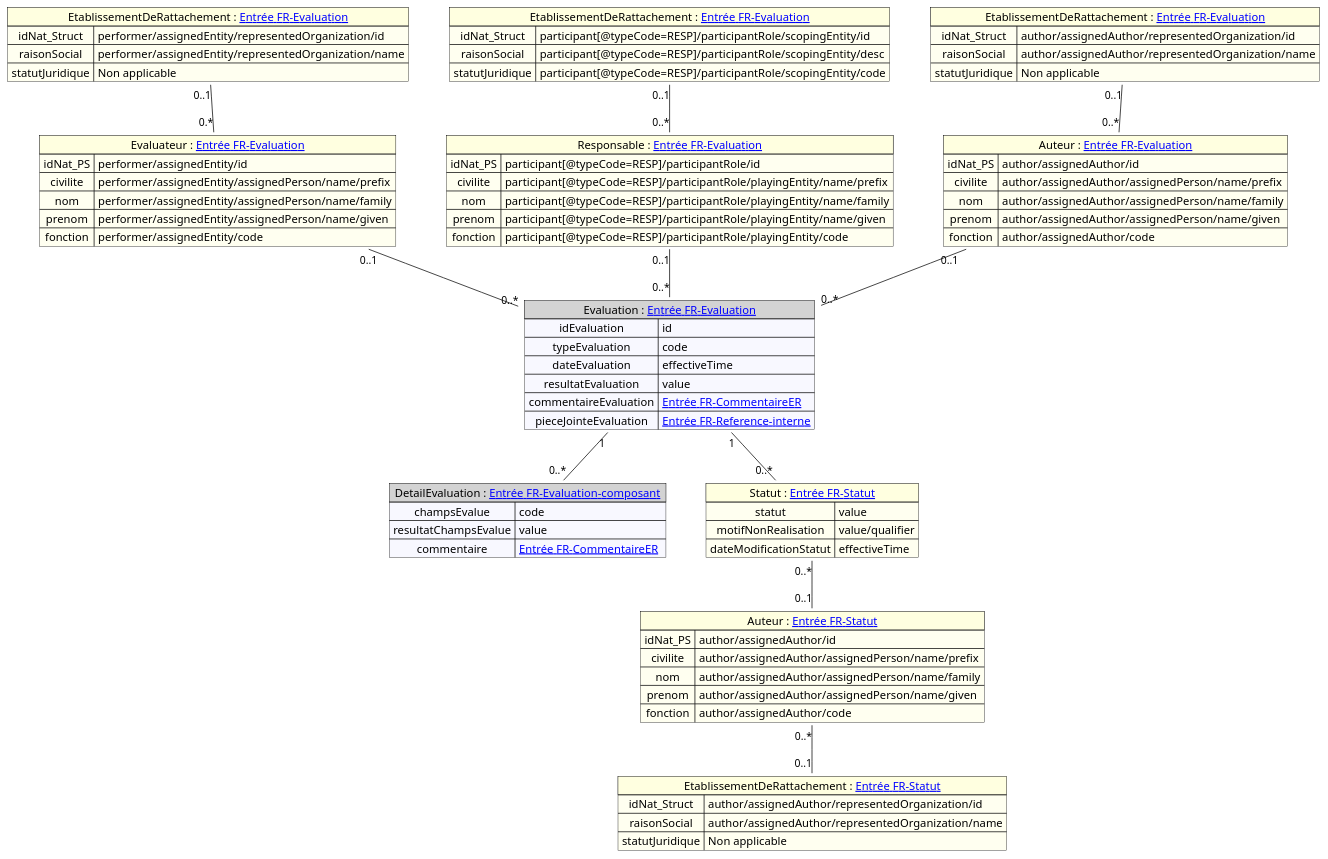
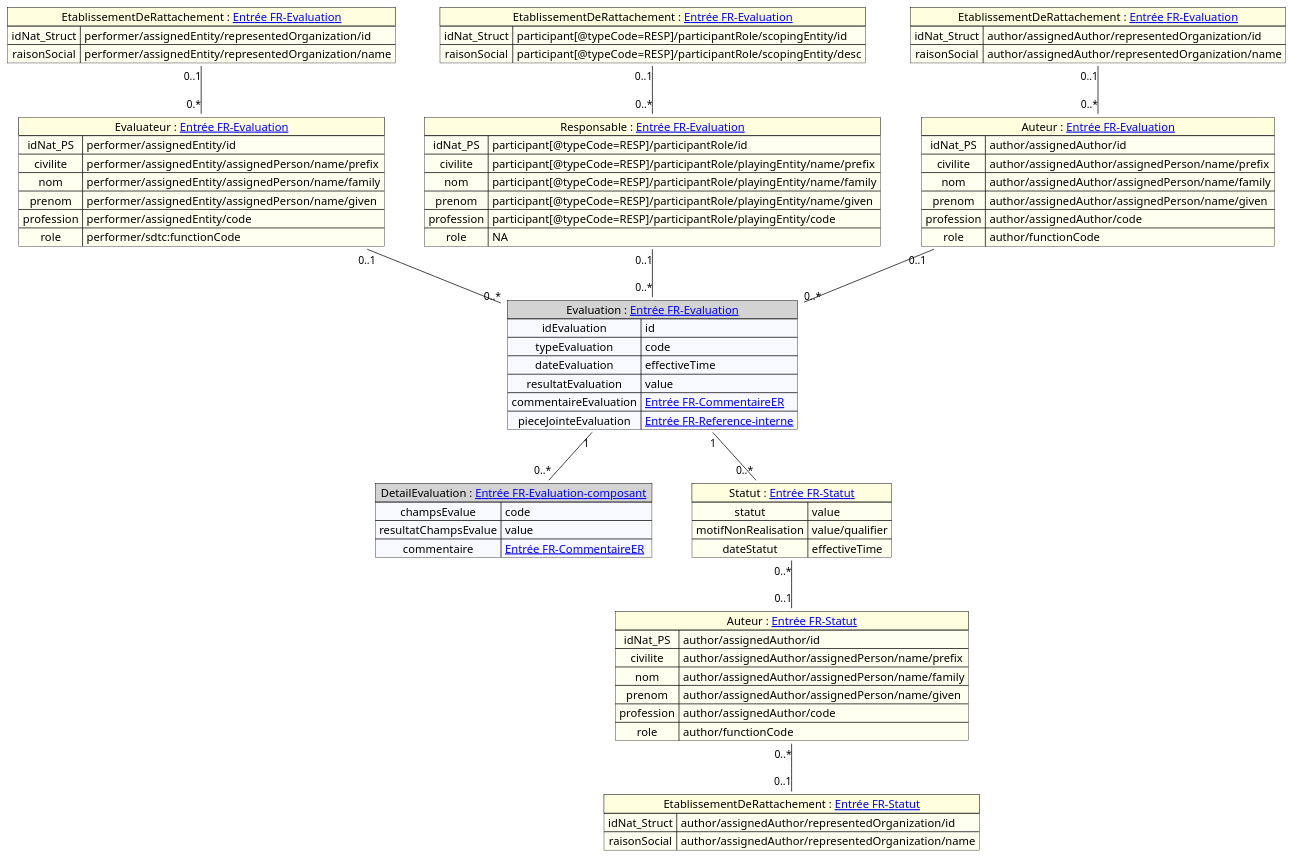
One commit to ansforge/IG-fhir-transfert-donnees-dui-esms changed the diagram in input/images-source/mapping_evaluation.plantuml. Above: the diagram before and after it, drawn with PlantUML. The commit also changed 5 other files, not shown here.

```diff
--- a/input/images-source/mapping_evaluation.plantuml
+++ b/input/images-source/mapping_evaluation.plantuml
@@ -1,95 +1,95 @@
 @startuml
 
 
 map "Evaluation : [[contenu_dossier_corps_cda.html#entrée-fr-evaluation Entrée FR-Evaluation]]" as Evaluation #back:GhostWhite;header:LightGray{
     idEvaluation => id
     typeEvaluation => code
     dateEvaluation => effectiveTime
     resultatEvaluation => value
     commentaireEvaluation => [[contenu_dossier_corps_cda.html#entrée-fr-commentaire-er Entrée FR-CommentaireER]]
     pieceJointeEvaluation => [[contenu_dossier_corps_cda.html#entrée-fr-reference-interne Entrée FR-Reference-interne]]
 }
 
 
 map "DetailEvaluation : [[contenu_dossier_corps_cda.html#entrée-fr-evaluation-composant Entrée FR-Evaluation-composant]]" as DetailEvaluation #back:GhostWhite;header:LightGray{
     champsEvalue => code
     resultatChampsEvalue => value
     commentaire => [[contenu_dossier_corps_cda.html#entrée-fr-commentaire-er Entrée FR-CommentaireER]]
 }
 
 map "Evaluateur : [[contenu_dossier_corps_cda.html#entrée-fr-evaluation Entrée FR-Evaluation]]" as Evaluateur#back:Ivory;header:LightYellow {
     idNat_PS => performer/assignedEntity/id
     civilite => performer/assignedEntity/assignedPerson/name/prefix
     nom => performer/assignedEntity/assignedPerson/name/family
     prenom => performer/assignedEntity/assignedPerson/name/given
-    fonction => performer/assignedEntity/code
+    profession => performer/assignedEntity/code
+    role => performer/sdtc:functionCode
 }
 
 map "EtablissementDeRattachement : [[contenu_dossier_corps_cda.html#entrée-fr-evaluation Entrée FR-Evaluation]]" as etablissementDeRattachementEval #back:Ivory;header:LightYellow {
     idNat_Struct => performer/assignedEntity/representedOrganization/id
     raisonSocial => performer/assignedEntity/representedOrganization/name
-    statutJuridique =>  Non applicable
 }
 
 map "Responsable : [[contenu_dossier_corps_cda.html#entrée-fr-evaluation Entrée FR-Evaluation]]" as Responsable#back:Ivory;header:LightYellow {
     idNat_PS => participant[@typeCode=RESP]/participantRole/id
     civilite => participant[@typeCode=RESP]/participantRole/playingEntity/name/prefix
     nom => participant[@typeCode=RESP]/participantRole/playingEntity/name/family
     prenom => participant[@typeCode=RESP]/participantRole/playingEntity/name/given
-    fonction => participant[@typeCode=RESP]/participantRole/playingEntity/code
+    profession => participant[@typeCode=RESP]/participantRole/playingEntity/code
+    role => NA
 }
 
 map "EtablissementDeRattachement : [[contenu_dossier_corps_cda.html#entrée-fr-evaluation Entrée FR-Evaluation]]" as etablissementDeRattachementResp #back:Ivory;header:LightYellow {
     idNat_Struct => participant[@typeCode=RESP]/participantRole/scopingEntity/id
     raisonSocial => participant[@typeCode=RESP]/participantRole/scopingEntity/desc
-    statutJuridique => participant[@typeCode=RESP]/participantRole/scopingEntity/code
 }
 
 map "Auteur : [[contenu_dossier_corps_cda.html#entrée-fr-evaluation Entrée FR-Evaluation]]" as Auteur#back:Ivory;header:LightYellow {
     idNat_PS => author/assignedAuthor/id
     civilite => author/assignedAuthor/assignedPerson/name/prefix
     nom => author/assignedAuthor/assignedPerson/name/family
     prenom => author/assignedAuthor/assignedPerson/name/given
-    fonction => author/assignedAuthor/code
+    profession => author/assignedAuthor/code
+    role => author/functionCode
 }
 
 map "EtablissementDeRattachement : [[contenu_dossier_corps_cda.html#entrée-fr-evaluation Entrée FR-Evaluation]]" as etablissementDeRattachementAuth #back:Ivory;header:LightYellow {
     idNat_Struct => author/assignedAuthor/representedOrganization/id
     raisonSocial => author/assignedAuthor/representedOrganization/name
-    statutJuridique => Non applicable
 }
 
 map "Statut : [[contenu_dossier_corps_cda.html#entrée-fr-statut Entrée FR-Statut]]" as Statut #back:Ivory;header:LightYellow{
     statut => value
     motifNonRealisation => value/qualifier
-    dateModificationStatut => effectiveTime
+    dateStatut => effectiveTime
 }
 
 map "Auteur : [[contenu_dossier_corps_cda.html#entrée-fr-statut Entrée FR-Statut]]" as AuteurStatut #back:Ivory;header:LightYellow {
     idNat_PS => author/assignedAuthor/id
     civilite => author/assignedAuthor/assignedPerson/name/prefix
     nom => author/assignedAuthor/assignedPerson/name/family
     prenom => author/assignedAuthor/assignedPerson/name/given
-    fonction => author/assignedAuthor/code
+    profession => author/assignedAuthor/code
+    role => author/functionCode
 }
 
 map "EtablissementDeRattachement : [[contenu_dossier_corps_cda.html#entrée-fr-statut Entrée FR-Statut]]" as etablissementDeRattachementAuthStatut #back:Ivory;header:LightYellow {
     idNat_Struct => author/assignedAuthor/representedOrganization/id
     raisonSocial => author/assignedAuthor/representedOrganization/name
-    statutJuridique => Non applicable
 }
 
 'Liens entre éléments
 Evaluateur "0..1" -- "0..*" Evaluation
 Responsable "0..1" -- "0..*" Evaluation
 Auteur "0..1" -- "0..*" Evaluation
 Evaluation "1" -- "0..*" DetailEvaluation
 Evaluation "1" -- "0..*" Statut
 etablissementDeRattachementResp "0..1" -- "0..*" Responsable
 etablissementDeRattachementEval "0..1" -- "0.*" Evaluateur
 etablissementDeRattachementAuth "0..1" -- "0..*" Auteur
 Statut "0..*" -- "0..1" AuteurStatut
 AuteurStatut "0..*" -- "0..1" etablissementDeRattachementAuthStatut
 
 
 @enduml
```
